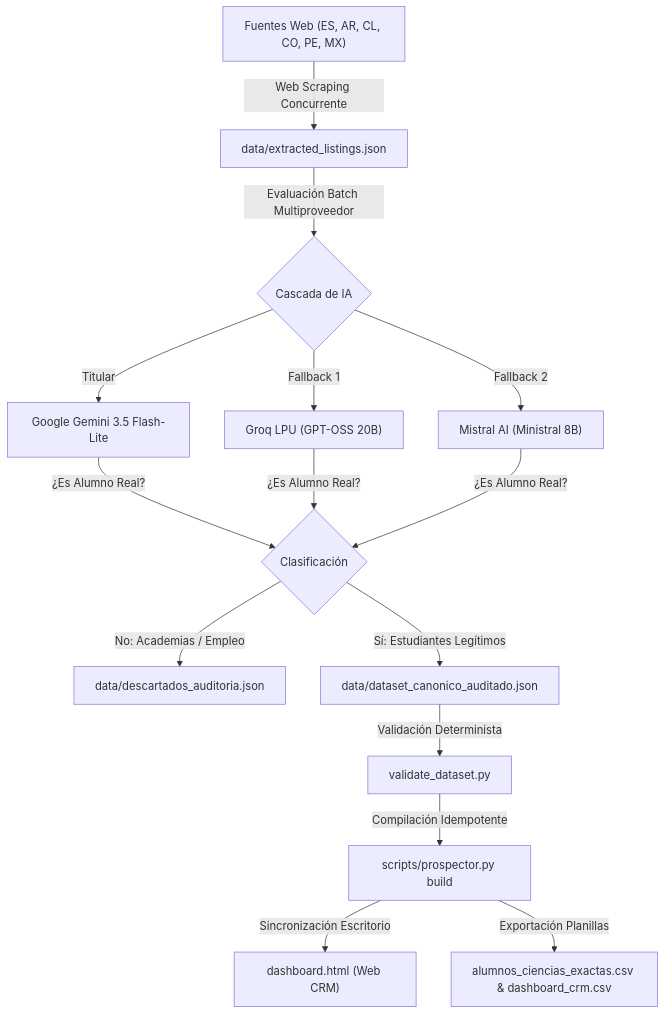
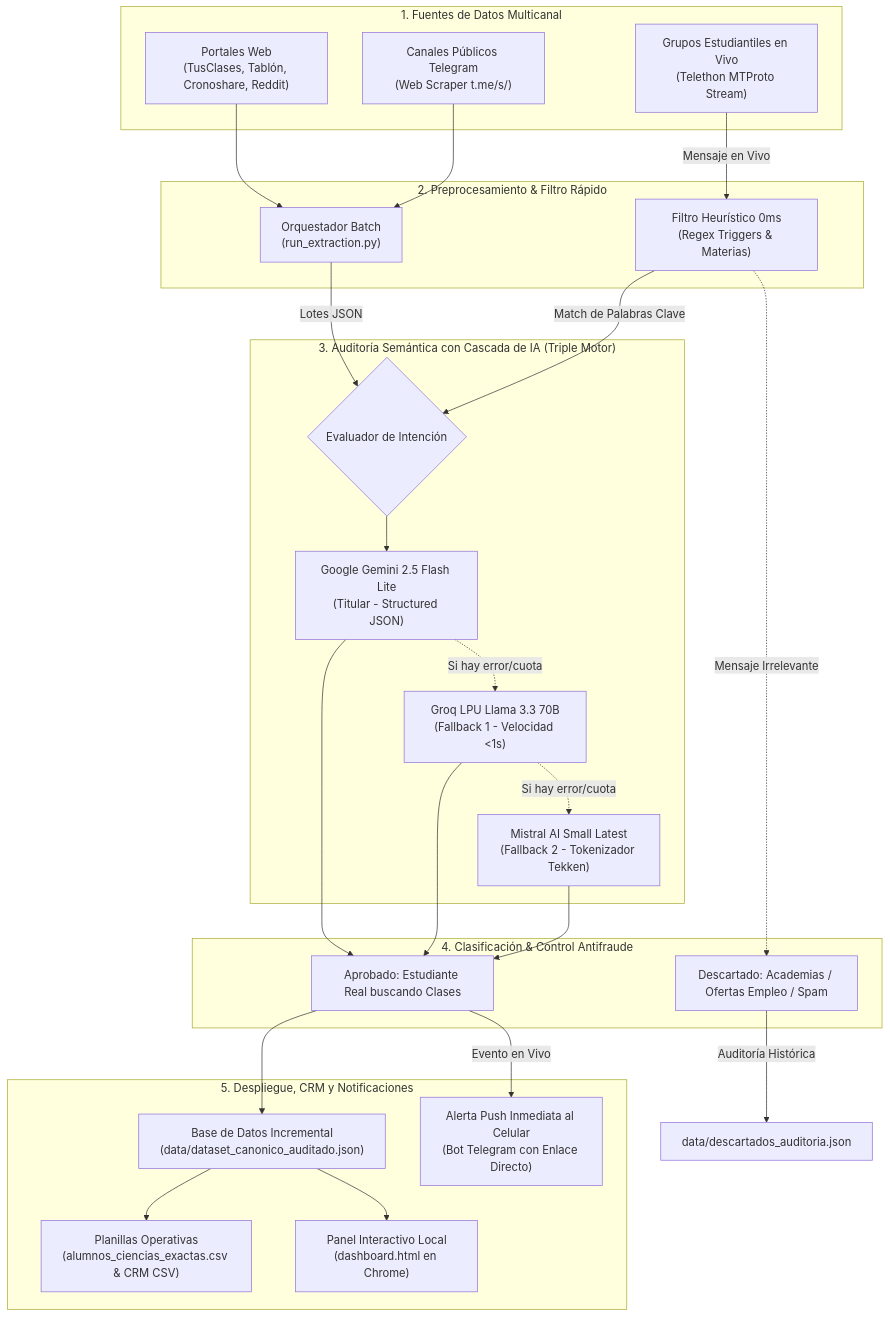
One commit to metecondrie/prospeccion-alumnos-ciencias changed the first of 3 diagrams in README.md. Above: the diagram before and after it, drawn with Mermaid. The commit also changed other lines of this file, not shown here.

Commit message:
docs(readme): upgrade to v4.0 with interactive mermaid architecture diagrams, telegram sentinel workflow, and live communities

````diff
--- a/README.md
+++ b/README.md
@@ -45,17 +60,52 @@
 ```mermaid
 flowchart TD
-    A["Fuentes Web (ES, AR, CL, CO, PE, MX)"] -->|Web Scraping Concurrente| B["data/extracted_listings.json"]
-    B -->|Evaluación Batch Multiproveedor| C{"Cascada de IA"}
-    C -->|Titular| D["Google Gemini 3.5 Flash-Lite"]
-    C -->|Fallback 1| E["Groq LPU (GPT-OSS 20B)"]
-    C -->|Fallback 2| F["Mistral AI (Ministral 8B)"]
-    D -->|¿Es Alumno Real?| G{"Clasificación"}
-    E -->|¿Es Alumno Real?| G
-    F -->|¿Es Alumno Real?| G
-    G -->|No: Academias / Empleo| H["data/descartados_auditoria.json"]
-    G -->|Sí: Estudiantes Legítimos| I["data/dataset_canonico_auditado.json"]
-    I -->|Validación Determinista| J["validate_dataset.py"]
-    J -->|Compilación Idempotente| K["scripts/prospector.py build"]
-    K -->|Sincronización Escritorio| L["dashboard.html (Web CRM)"]
-    K -->|Exportación Planillas| M["alumnos_ciencias_exactas.csv & dashboard_crm.csv"]
+    subgraph INGESTION["1. Fuentes de Datos Multicanal"]
+        A1["Portales Web<br/>(TusClases, Tablón, Cronoshare, Reddit)"]
+        A2["Canales Públicos Telegram<br/>(Web Scraper t.me/s/)"]
+        A3["Grupos Estudiantiles en Vivo<br/>(Telethon MTProto Stream)"]
+    end
+
+    subgraph PREFILTER["2. Preprocesamiento & Filtro Rápido"]
+        B1["Orquestador Batch<br/>(run_extraction.py)"]
+        B2["Filtro Heurístico 0ms<br/>(Regex Triggers & Materias)"]
+    end
+
+    subgraph AI_ENGINE["3. Auditoría Semántica con Cascada de IA (Triple Motor)"]
+        C{"Evaluador de Intención"}
+        M1["Google Gemini 2.5 Flash Lite<br/>(Titular - Structured JSON)"]
+        M2["Groq LPU Llama 3.3 70B<br/>(Fallback 1 - Velocidad <1s)"]
+        M3["Mistral AI Small Latest<br/>(Fallback 2 - Tokenizador Tekken)"]
+    end
+
+    subgraph DECISION["4. Clasificación & Control Antifraude"]
+        D1["Descartado: Academias / Ofertas Empleo / Spam"]
+        D2["Aprobado: Estudiante Real buscando Clases"]
+    end
+
+    subgraph OUTPUTS["5. Despliegue, CRM y Notificaciones"]
+        E1["Base de Datos Incremental<br/>(data/dataset_canonico_auditado.json)"]
+        E2["Alerta Push Inmediata al Celular<br/>(Bot Telegram con Enlace Directo)"]
+        E3["Planillas Operativas<br/>(alumnos_ciencias_exactas.csv & CRM CSV)"]
+        E4["Panel Interactivo Local<br/>(dashboard.html en Chrome)"]
+    end
+
+    A1 --> B1
+    A2 --> B1
+    B1 -->|Lotes JSON| C
+    A3 -->|Mensaje en Vivo| B2
+    B2 -->|Match de Palabras Clave| C
+    B2 -.->|Mensaje Irrelevante| D1
+
+    C --> M1
+    M1 -.->|Si hay error/cuota| M2
+    M2 -.->|Si hay error/cuota| M3
+    M1 --> D2
+    M2 --> D2
+    M3 --> D2
+
+    D1 -->|Auditoría Histórica| F1["data/descartados_auditoria.json"]
+    D2 --> E1
+    D2 -->|Evento en Vivo| E2
+    E1 --> E3
+    E1 --> E4
 ```
````
